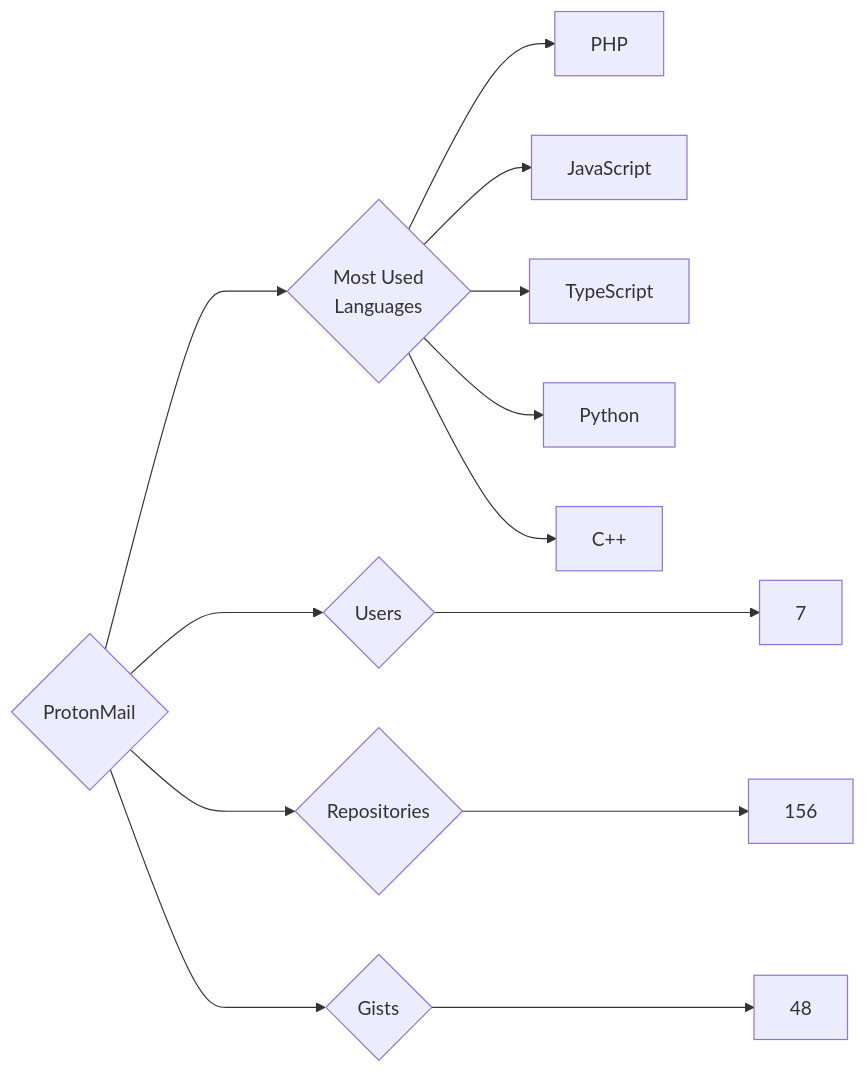
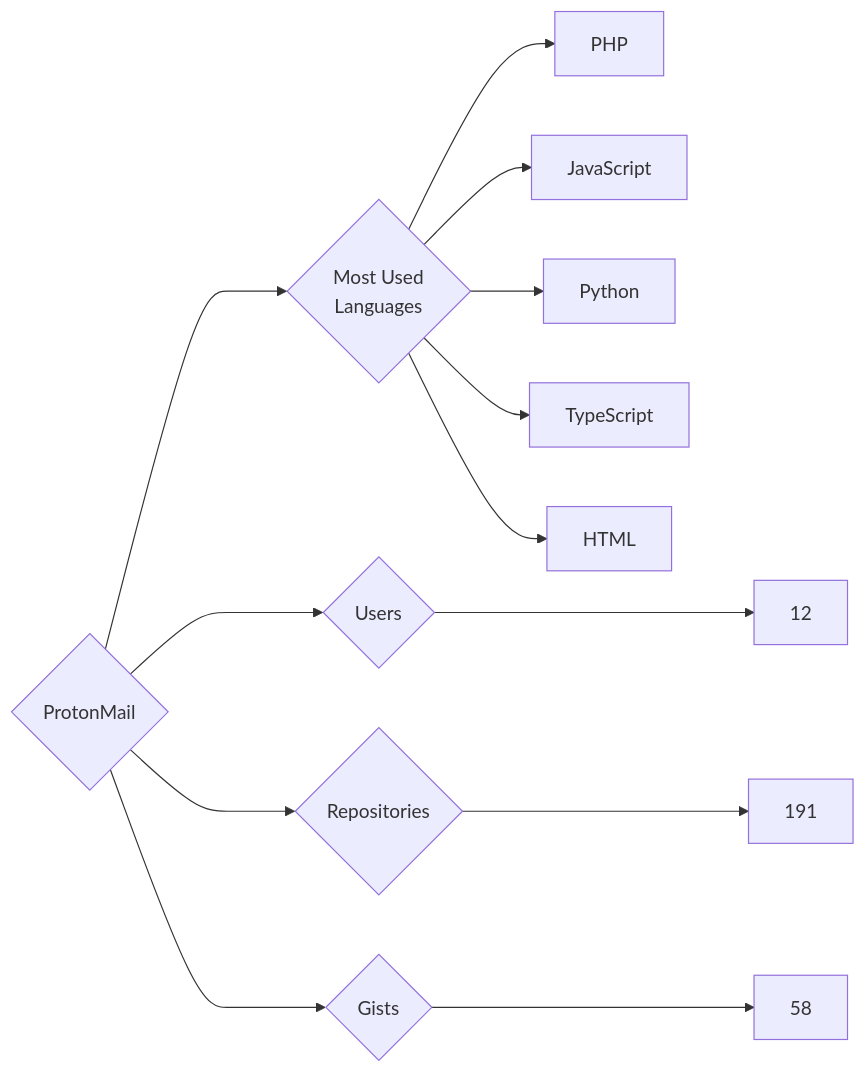
The diagram in targets/ProtonMail/README.md (trickest/insiders), drawn with Mermaid before and after one commit. The commit also changed 677 other files, not shown here.

````diff
--- a/targets/ProtonMail/README.md
+++ b/targets/ProtonMail/README.md
@@ -3,13 +3,13 @@
 ```mermaid
 graph LR
 COMPANY_NAME{ProtonMail}
-COMPANY_NAME ---> U{Users} ---> UN[7]
-COMPANY_NAME ---> R{Repositories} ---> RN[156]
-COMPANY_NAME ---> G{Gists} ---> GN[48]
+COMPANY_NAME ---> U{Users} ---> UN[12]
+COMPANY_NAME ---> R{Repositories} ---> RN[191]
+COMPANY_NAME ---> G{Gists} ---> GN[58]
 COMPANY_NAME ---> ML{Most Used<br>Languages}
 ML --> PHP[PHP]
 ML --> JavaScript[JavaScript]
+ML --> Python[Python]
 ML --> TypeScript[TypeScript]
-ML --> Python[Python]
-ML --> C++[C++]
+ML --> HTML[HTML]
 ```
````
